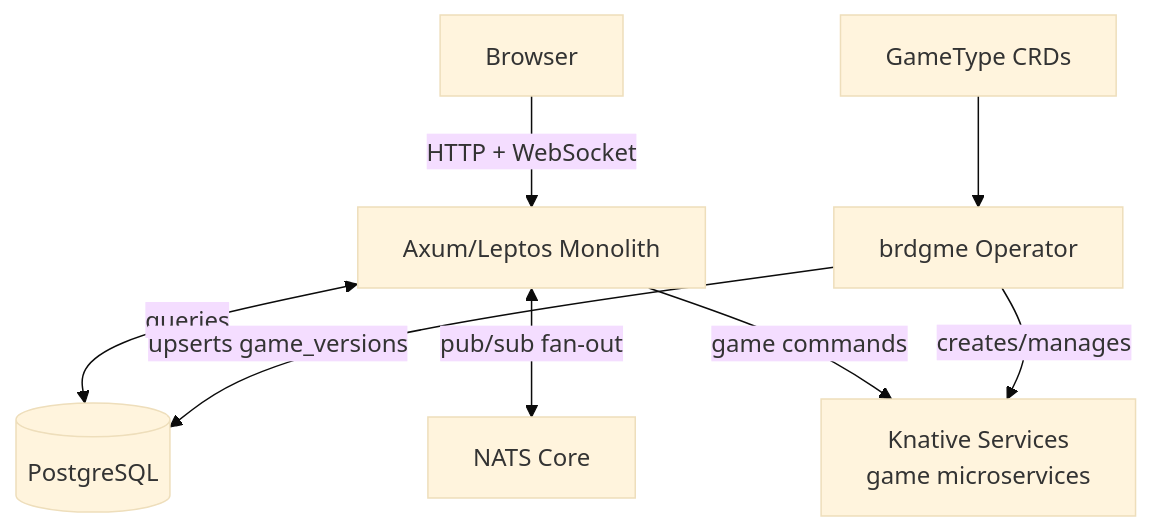
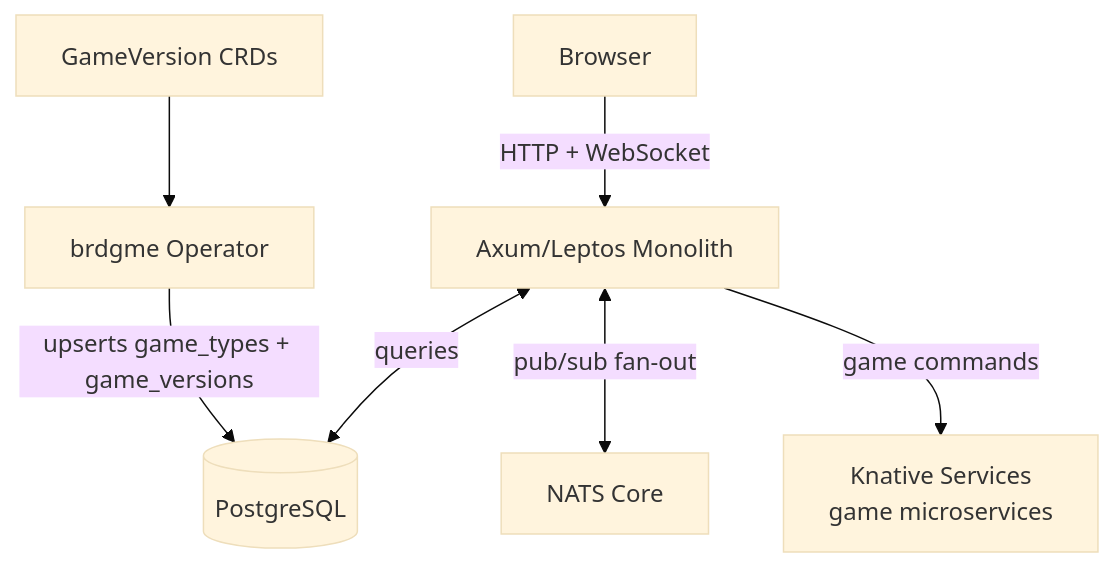
One commit to brdgme/brdgme changed the first of 2 diagrams in docs/ARCHITECTURE.md. Above: the diagram before and after it, drawn with Mermaid (base theme). The commit also changed other lines of this file and 64 other files, not shown here.

Commit message:
New game page and game version operator

````diff
--- a/docs/ARCHITECTURE.md
+++ b/docs/ARCHITECTURE.md
@@ -13,18 +13,17 @@
 ```mermaid
 graph TD
     Browser[Browser]
     Monolith[Axum/Leptos Monolith]
     PG[(PostgreSQL)]
     NATS[NATS Core]
     Knative[Knative Services\ngame microservices]
     Operator[brdgme Operator]
-    CRDs[GameType CRDs]
+    CRDs[GameVersion CRDs]
 
     Browser -->|HTTP + WebSocket| Monolith
     Monolith <-->|queries| PG
     Monolith <-->|pub/sub fan-out| NATS
     Monolith -->|game commands| Knative
     CRDs --> Operator
-    Operator -->|creates/manages| Knative
-    Operator -->|upserts game_versions| PG
+    Operator -->|upserts game_types + game_versions| PG
 ```
````
